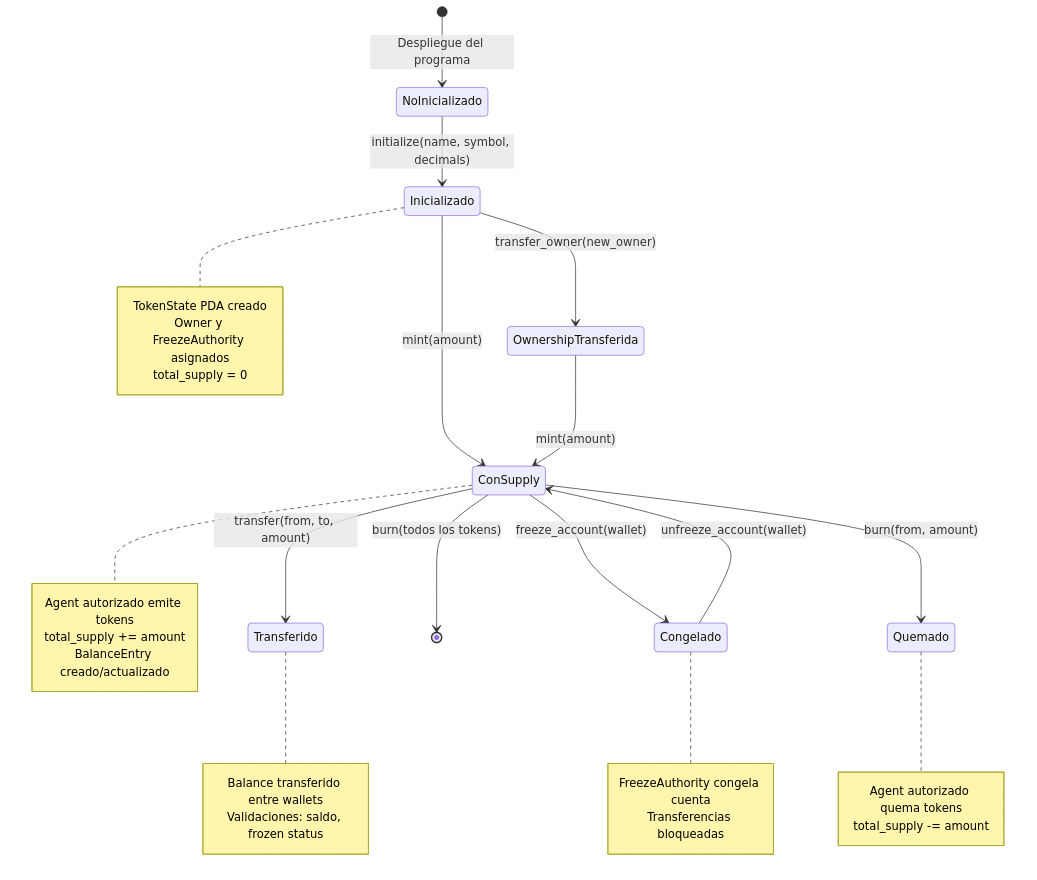
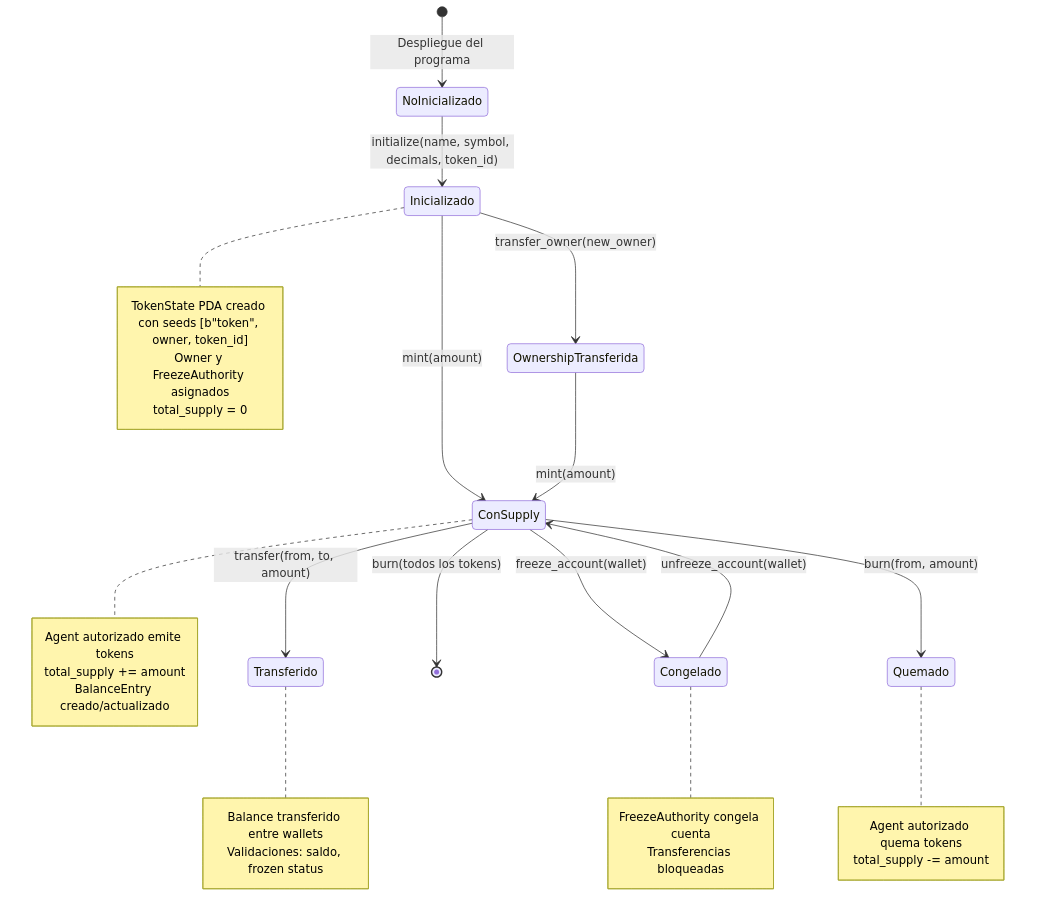
The fifth of 6 diagrams in README.md (87maxi/rwa), drawn with Mermaid before and after one commit. The commit also changed other lines of this file, not shown here.

First line of the commit message:
docs(README): update documentation for multi-token architecture

````diff
--- a/README.md
+++ b/README.md
@@ -444,43 +455,43 @@
 ```mermaid
 stateDiagram-v2
     [*] --> NoInicializado: Despliegue del programa
     
-    NoInicializado --> Inicializado: initialize(name, symbol, decimals)
+    NoInicializado --> Inicializado: initialize(name, symbol, decimals, token_id)
     note right of Inicializado
-        TokenState PDA creado
+        TokenState PDA creado con seeds [b"token", owner, token_id]
         Owner y FreezeAuthority asignados
         total_supply = 0
     end note
     
     Inicializado --> ConSupply: mint(amount)
     note right of ConSupply
         Agent autorizado emite tokens
         total_supply += amount
         BalanceEntry creado/actualizado
     end note
     
     ConSupply --> Transferido: transfer(from, to, amount)
     note right of Transferido
         Balance transferido entre wallets
         Validaciones: saldo, frozen status
     end note
     
     ConSupply --> Congelado: freeze_account(wallet)
     note right of Congelado
         FreezeAuthority congela cuenta
         Transferencias bloqueadas
     end note
     
     Congelado --> ConSupply: unfreeze_account(wallet)
     
     ConSupply --> Quemado: burn(from, amount)
     note right of Quemado
         Agent autorizado quema tokens
         total_supply -= amount
     end note
     
     Inicializado --> OwnershipTransferida: transfer_owner(new_owner)
     OwnershipTransferida --> ConSupply: mint(amount)
     
     ConSupply --> [*]: burn(todos los tokens)
 ```
````
